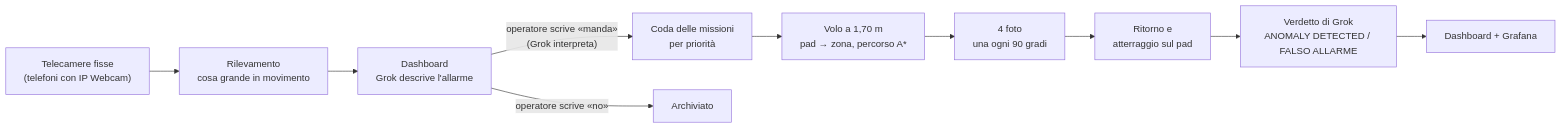
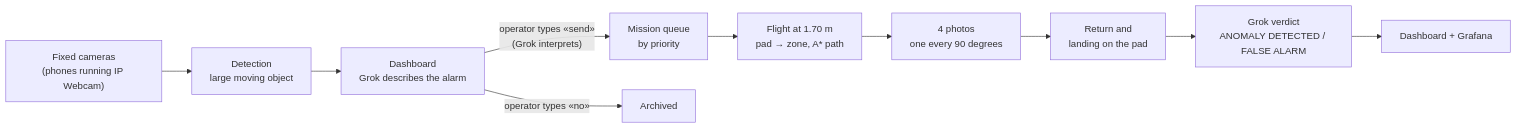
One commit to matteospinelli1234-lang/BMO-Grokbot-hackathon changed the diagram in README.md. Above: the diagram before and after it, drawn with Mermaid. The commit also changed other lines of this file, not shown here.

````diff
--- a/README.md
+++ b/README.md
@@ -36,12 +36,12 @@
 ```mermaid
 flowchart LR
-    T["Telecamere fisse<br/>(telefoni con IP Webcam)"] --> R["Rilevamento<br/>cosa grande in movimento"]
-    R --> D["Dashboard<br/>Grok descrive l'allarme"]
-    D -->|"operatore scrive «manda»<br/>(Grok interpreta)"| Q["Coda delle missioni<br/>per priorità"]
-    D -->|"operatore scrive «no»"| X[Archiviato]
-    Q --> V["Volo a 1,70 m<br/>pad → zona, percorso A*"]
-    V --> F["4 foto<br/>una ogni 90 gradi"]
-    F --> P["Ritorno e<br/>atterraggio sul pad"]
-    P --> G["Verdetto di Grok<br/>ANOMALY DETECTED / FALSO ALLARME"]
+    T["Fixed cameras<br/>(phones running IP Webcam)"] --> R["Detection<br/>large moving object"]
+    R --> D["Dashboard<br/>Grok describes the alarm"]
+    D -->|"operator types «send»<br/>(Grok interprets)"| Q["Mission queue<br/>by priority"]
+    D -->|"operator types «no»"| X[Archived]
+    Q --> V["Flight at 1.70 m<br/>pad → zone, A* path"]
+    V --> F["4 photos<br/>one every 90 degrees"]
+    F --> P["Return and<br/>landing on the pad"]
+    P --> G["Grok verdict<br/>ANOMALY DETECTED / FALSE ALARM"]
     G --> L["Dashboard + Grafana"]
 ```
````
